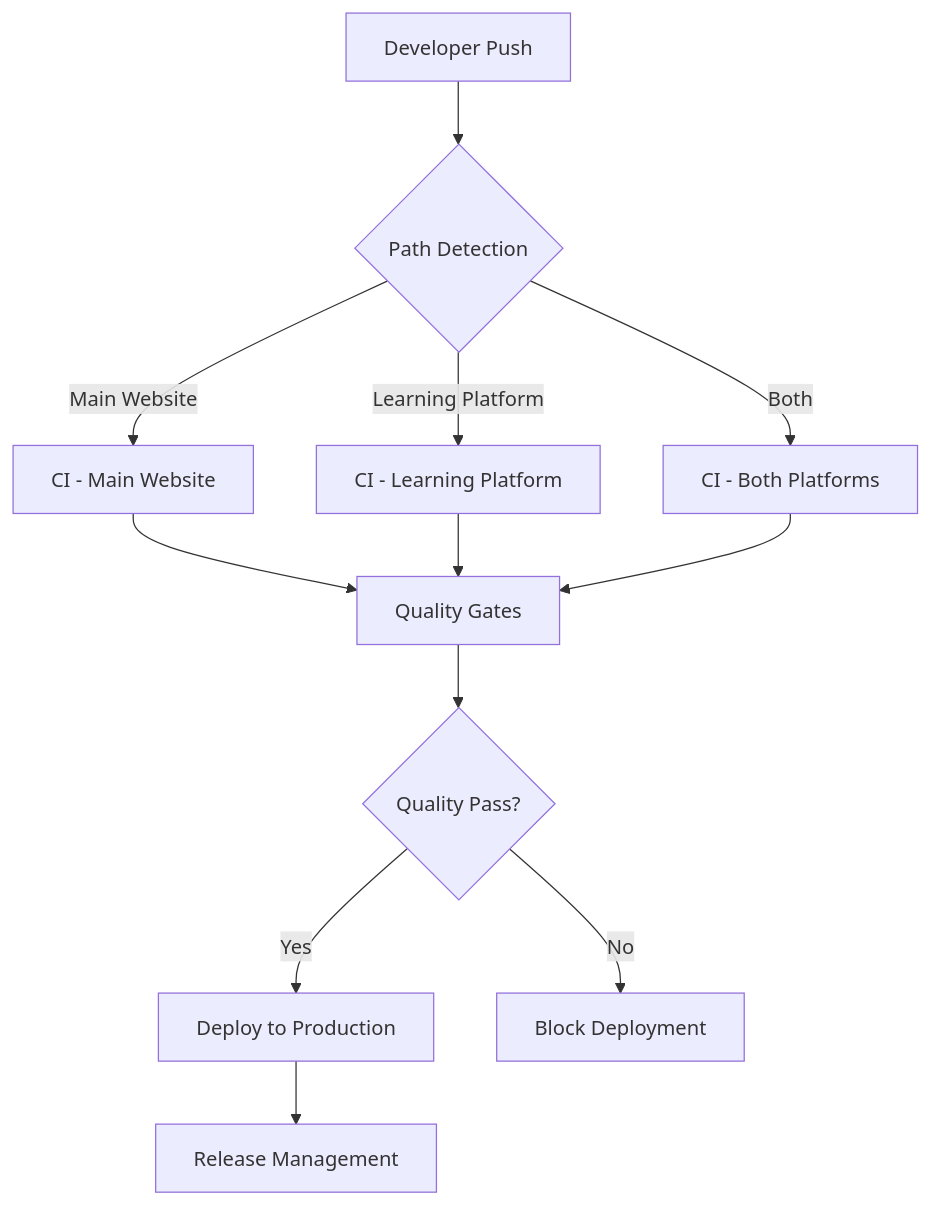
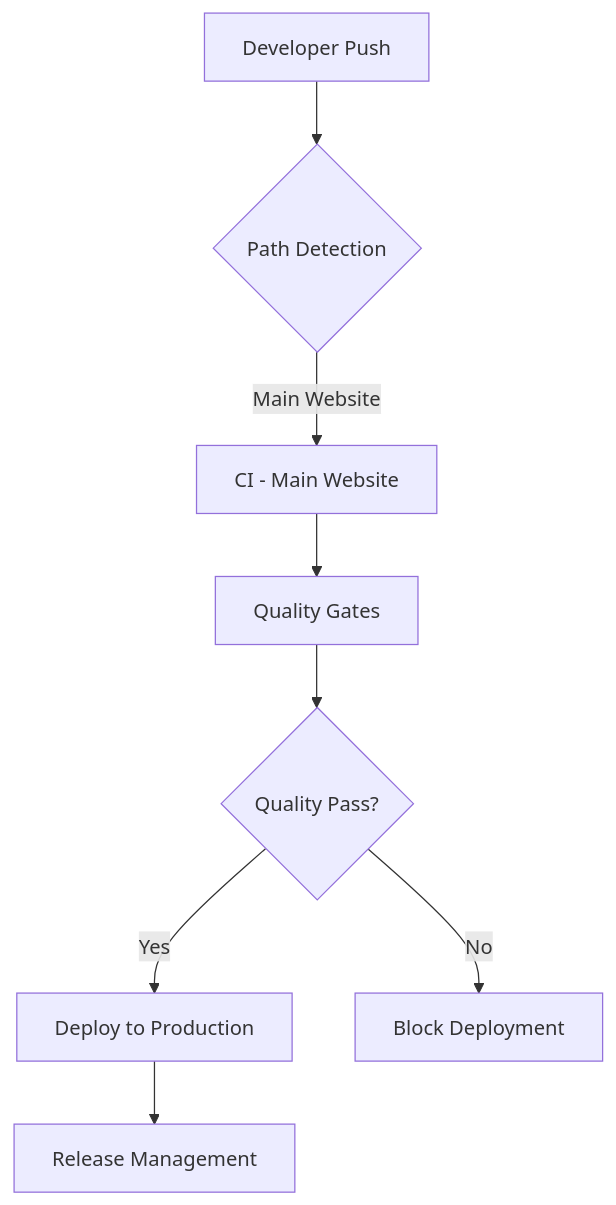
The first of 2 diagrams in .github/WORKFLOWS.md (stelarow/habilidade), drawn with Mermaid before and after one commit. The commit also changed other lines of this file and 819 other files, not shown here.

````diff
--- a/.github/WORKFLOWS.md
+++ b/.github/WORKFLOWS.md
@@ -167,14 +142,10 @@
 ```mermaid
 graph TD
     A[Developer Push] --> B{Path Detection}
     B -->|Main Website| C[CI - Main Website]
-    B -->|Learning Platform| D[CI - Learning Platform]
-    B -->|Both| E[CI - Both Platforms]
-    C --> F[Quality Gates]
-    D --> F
-    E --> F
-    F --> G{Quality Pass?}
-    G -->|Yes| H[Deploy to Production]
-    G -->|No| I[Block Deployment]
-    H --> J[Release Management]
+    C --> D[Quality Gates]
+    D --> E{Quality Pass?}
+    E -->|Yes| F[Deploy to Production]
+    E -->|No| G[Block Deployment]
+    F --> H[Release Management]
 ```
````
